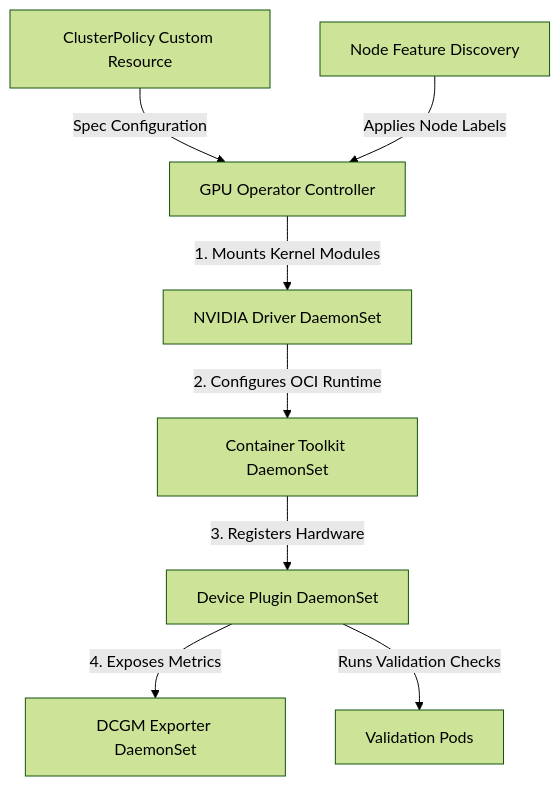
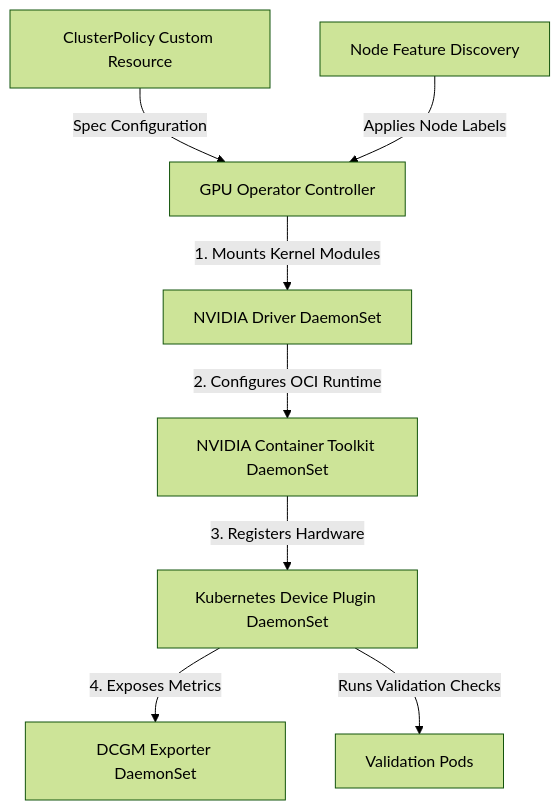
Before and after one commit to ok-karthik/ai-infrastructure-on-eks: the diagram in docs/interview-notes/gpu-operator.md, drawn with Mermaid (forest theme). The commit also changed other lines of this file and 17 other files, not shown here.

````diff
--- a/docs/interview-notes/gpu-operator.md
+++ b/docs/interview-notes/gpu-operator.md
@@ -11,19 +11,19 @@
 ```mermaid
 graph TD
     CP[ClusterPolicy Custom Resource]
     Op[GPU Operator Controller]
     NFD[Node Feature Discovery]
     Driver[NVIDIA Driver DaemonSet]
-    Toolkit[Container Toolkit DaemonSet]
-    Plugin[Device Plugin DaemonSet]
+    Toolkit[NVIDIA Container Toolkit DaemonSet]
+    Plugin[Kubernetes Device Plugin DaemonSet]
     DCGM[DCGM Exporter DaemonSet]
     Val[Validation Pods]
 
     CP -->|Spec Configuration| Op
     NFD -->|Applies Node Labels| Op
     Op -->|1. Mounts Kernel Modules| Driver
     Driver -->|2. Configures OCI Runtime| Toolkit
     Toolkit -->|3. Registers Hardware| Plugin
     Plugin -->|4. Exposes Metrics| DCGM
     Plugin -->|Runs Validation Checks| Val
 ```
````
